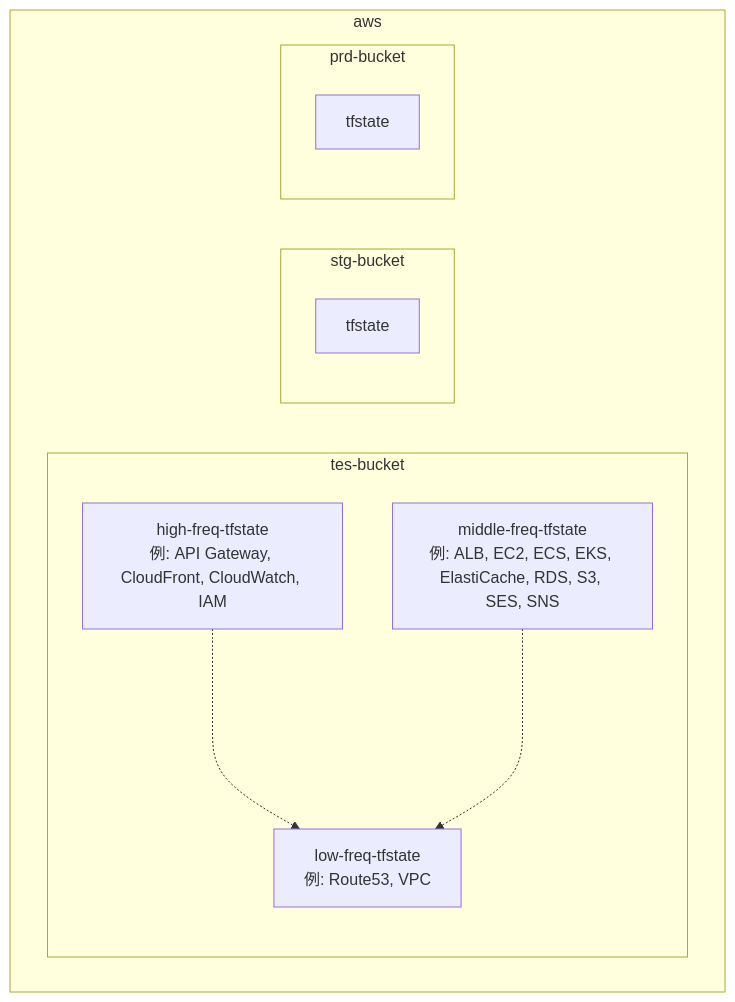
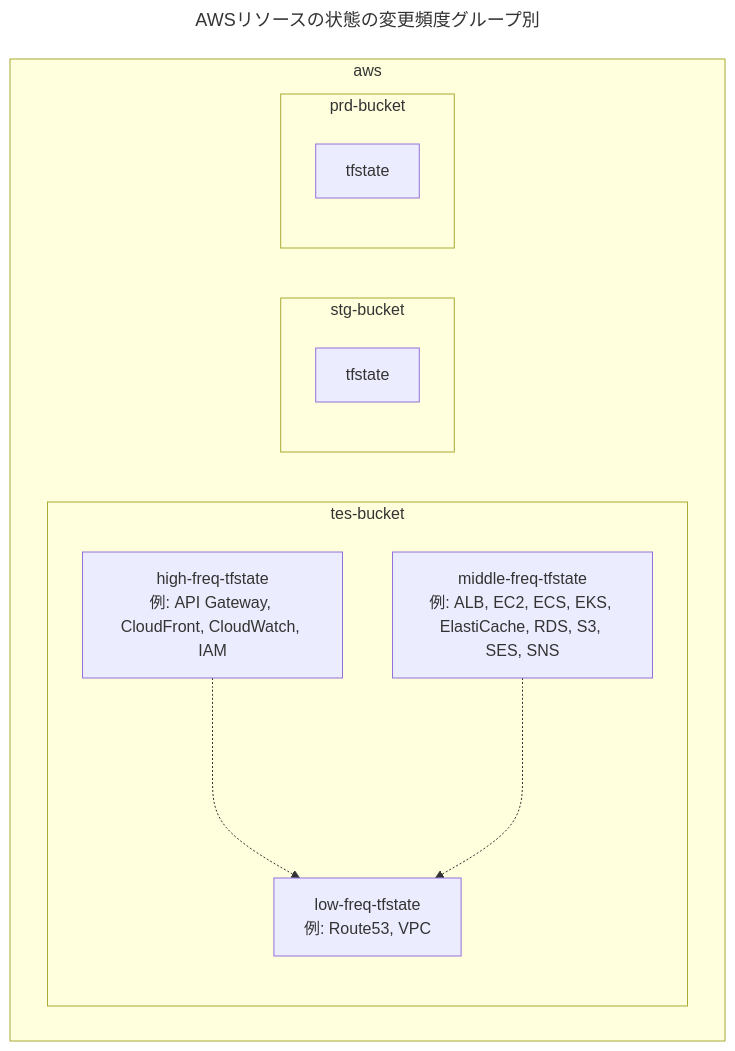
Before and after one commit to hiroki-it/hatenablog: diagram 11 of 12 in dist/draft/Terraformのtfstateファイルの分割手法.md, drawn with Mermaid. The commit also changed other lines of this file, not shown here.

````diff
--- a/dist/draft/Terraformのtfstateファイルの分割手法.md
+++ b/dist/draft/Terraformのtfstateファイルの分割手法.md
@@ -1823,17 +1835,20 @@
 ```mermaid
+---
+title: AWSリソースの状態の変更頻度グループ別
+---
 %%{init:{'theme':'natural'}}%%
 flowchart TB
     subgraph aws
         subgraph tes-bucket
             High[high-freq-tfstate<br>例: API Gateway, CloudFront, CloudWatch, IAM]-..->Low
             Middle[middle-freq-tfstate<br>例: ALB, EC2, ECS, EKS, ElastiCache, RDS, S3, SES, SNS]-..->Low
             Low[low-freq-tfstate<br>例: Route53, VPC]
         end
     subgraph stg-bucket
         Stg[tfstate]
     end
     subgraph prd-bucket
         Prd[tfstate]
     end
     end
 ```
````
